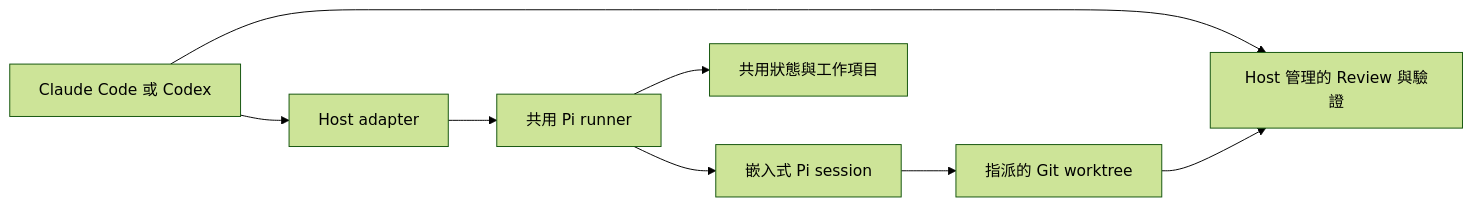
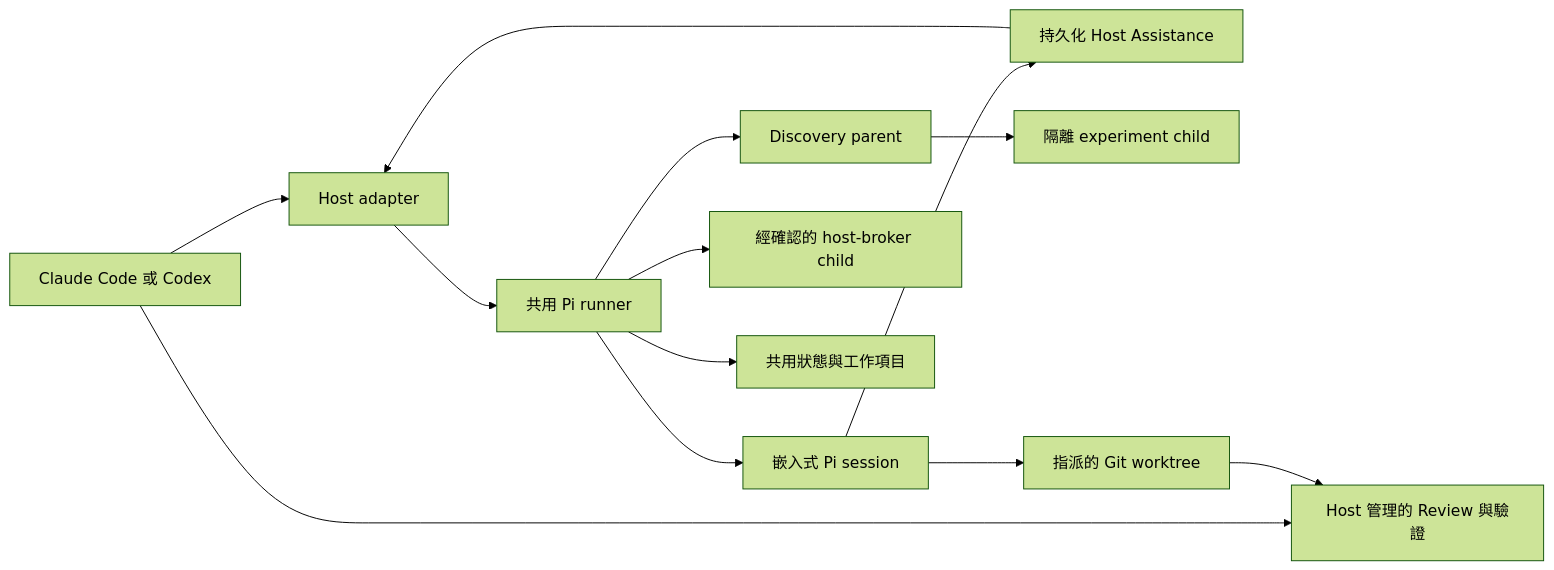
Before and after one commit to JiaWeiXie/swarm-pi-code-plugin: the diagram in README.zh-TW.md, drawn with Mermaid (forest theme). The commit also changed other lines of this file and 36 other files, not shown here.

````diff
--- a/README.zh-TW.md
+++ b/README.zh-TW.md
@@ -11,10 +11,15 @@
 ```mermaid
 flowchart LR
     H[Claude Code 或 Codex] --> A[Host adapter]
     A --> R[共用 Pi runner]
     R --> P[嵌入式 Pi session]
+    P --> Q[持久化 Host Assistance]
+    Q --> A
+    R --> D[Discovery parent]
+    D --> E[隔離 experiment child]
+    R --> C[經確認的 host-broker child]
     P --> W[指派的 Git worktree]
     R --> S[共用狀態與工作項目]
     H --> V[Host 管理的 Review 與驗證]
     W --> V
 ```
````
